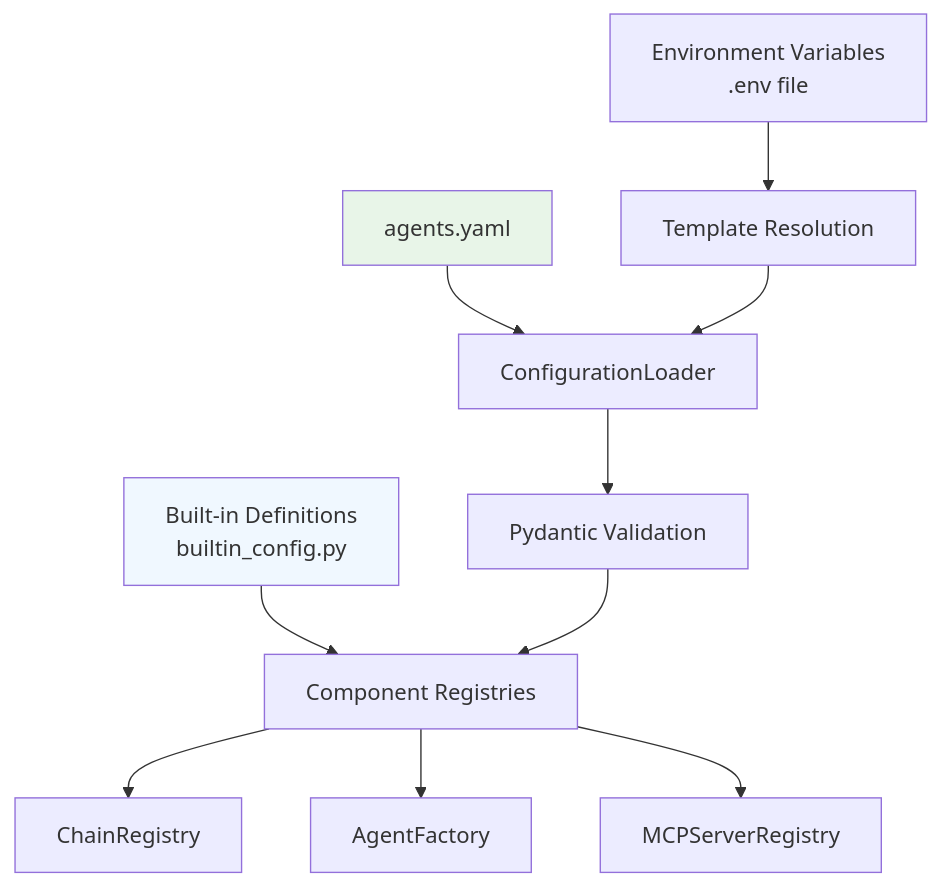
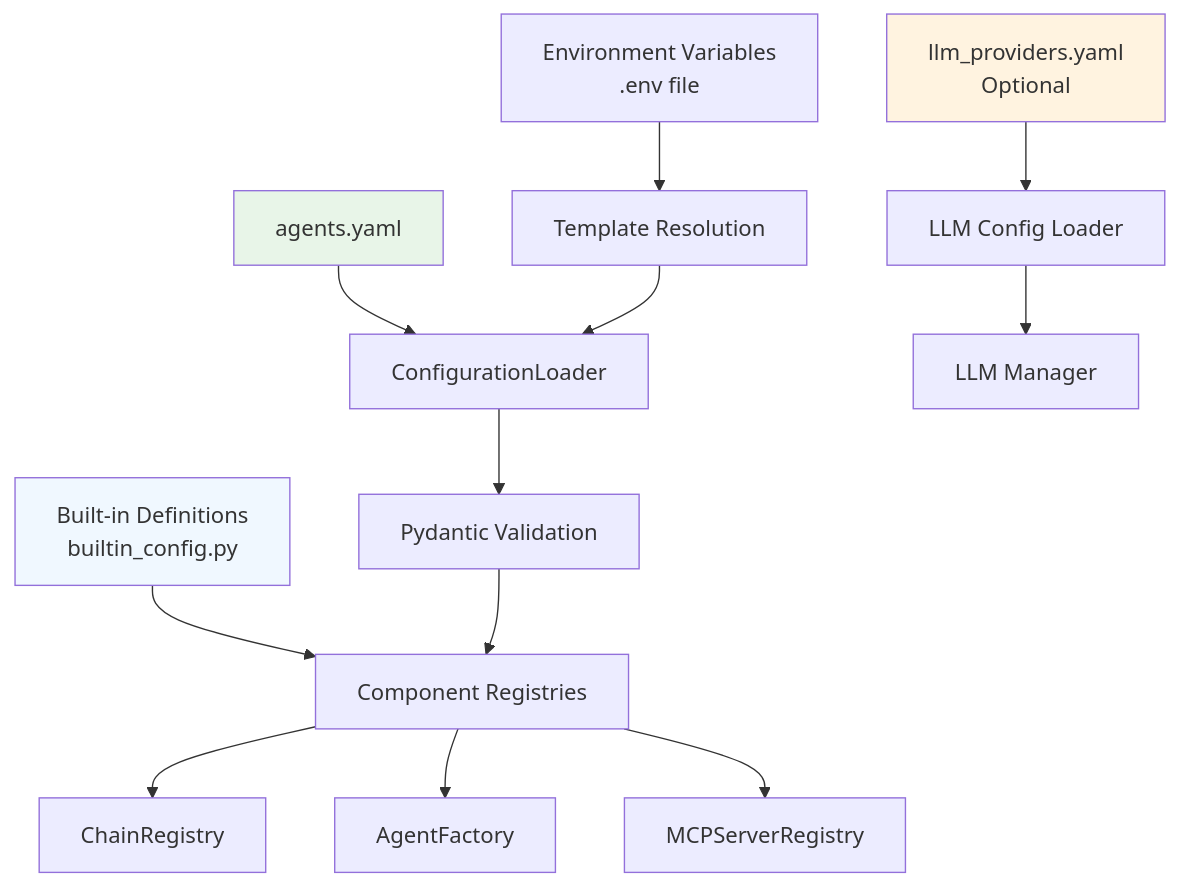
The second of 10 diagrams in docs/functional-areas-design.md (rsoaresd/tarsy-bot), drawn with Mermaid before and after one commit. The commit also changed other lines of this file and 34 other files, not shown here.

````diff
--- a/docs/functional-areas-design.md
+++ b/docs/functional-areas-design.md
@@ -137,17 +137,20 @@
 ```mermaid
 graph TB
     ENV[Environment Variables<br/>.env file] --> Template[Template Resolution]
     YAML[agents.yaml] --> Loader[ConfigurationLoader]
+    LLMYaml[llm_providers.yaml<br/>Optional] --> LLMLoader[LLM Config Loader]
     BuiltIn[Built-in Definitions<br/>builtin_config.py] --> Registry[Component Registries]
     
     Template --> Loader
     Loader --> Validation[Pydantic Validation]
     Validation --> Registry
+    LLMLoader --> LLMManager[LLM Manager]
     
     Registry --> Chain[ChainRegistry]
     Registry --> Agent[AgentFactory] 
     Registry --> MCP[MCPServerRegistry]
     
     style YAML fill:#e8f5e8
+    style LLMYaml fill:#fff3e0
     style BuiltIn fill:#f0f8ff
 ```
````
